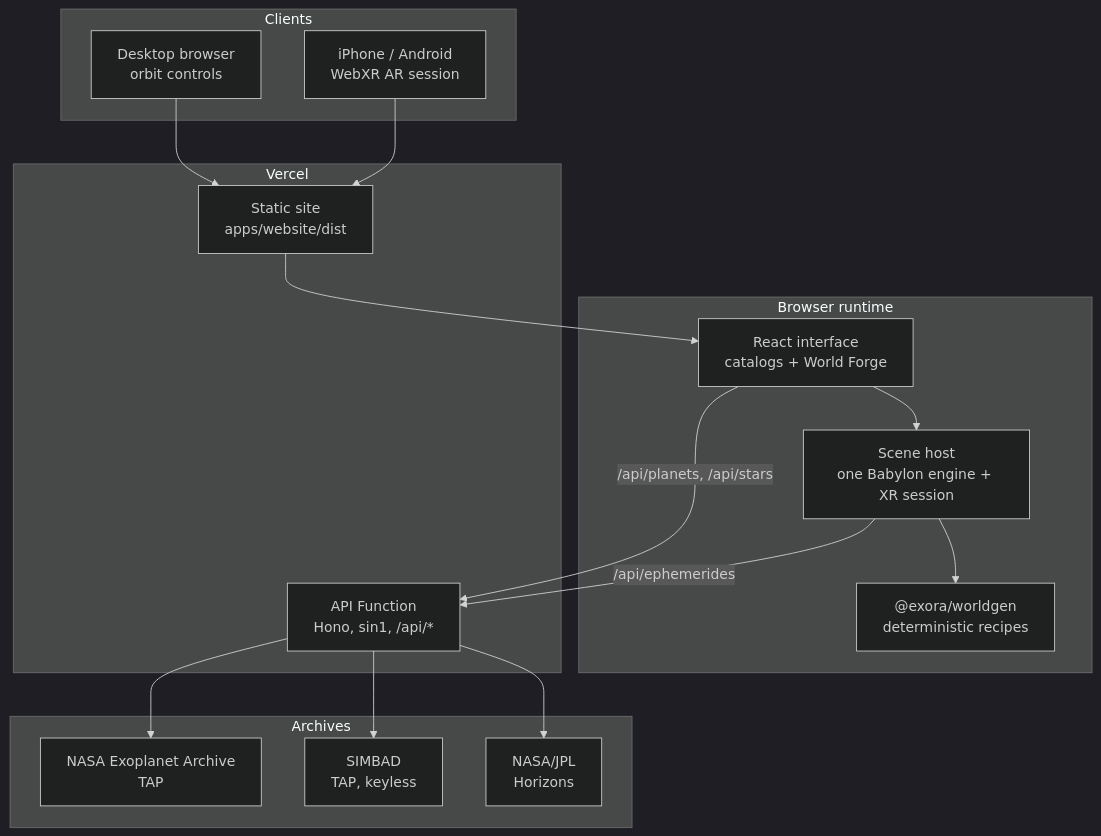
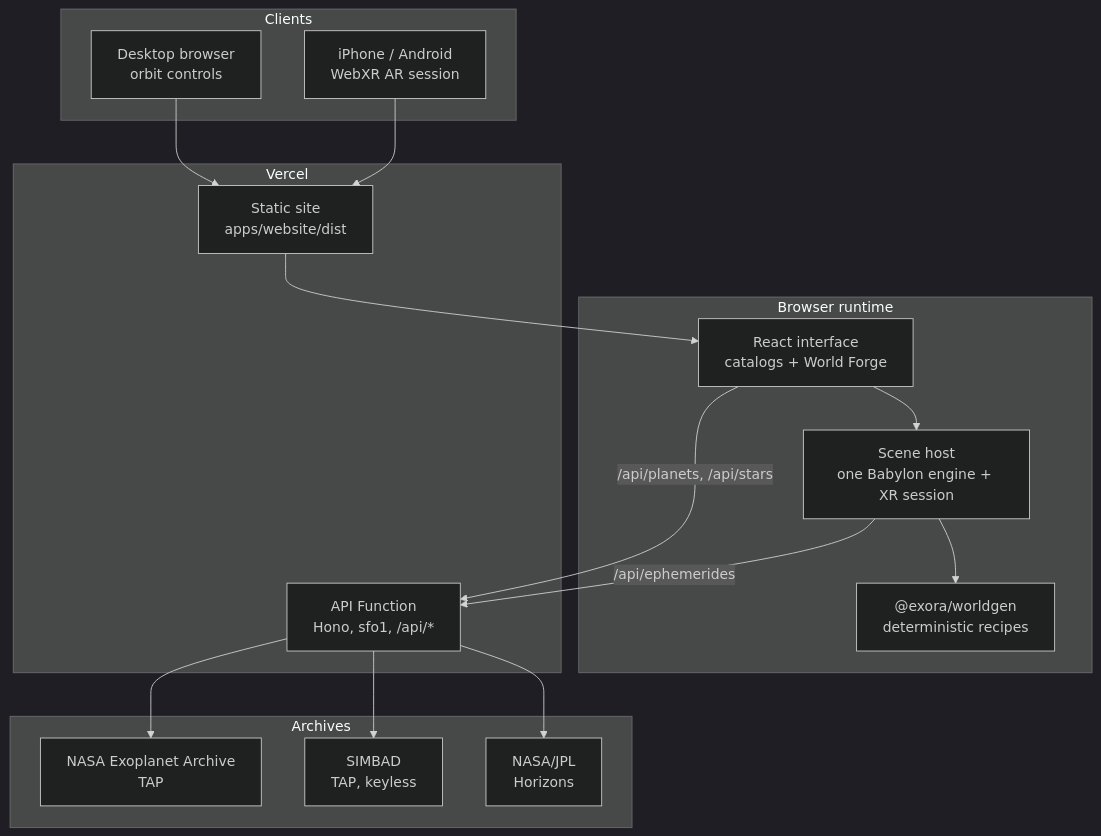
Before and after one commit to voltcrash/exora: the diagram in README.md, drawn with Mermaid (dark theme). The commit also changed other lines of this file and 3 other files, not shown here.

````diff
--- a/README.md
+++ b/README.md
@@ -173,37 +173,37 @@
 ```mermaid
 flowchart TB
     subgraph Clients
         Desktop["Desktop browser<br/>orbit controls"]
         Phone["iPhone / Android<br/>WebXR AR session"]
     end
 
     subgraph Browser["Browser runtime"]
         UI["React interface<br/>catalogs + World Forge"]
         Host["Scene host<br/>one Babylon engine + XR session"]
         Worldgen["@exora/worldgen<br/>deterministic recipes"]
     end
 
     subgraph Vercel["Vercel"]
         Static["Static site<br/>apps/website/dist"]
-        Fn["API Function<br/>Hono, sin1, /api/*"]
+        Fn["API Function<br/>Hono, sfo1, /api/*"]
     end
 
     subgraph Archives["Archives"]
         NASA["NASA Exoplanet Archive<br/>TAP"]
         SIMBAD["SIMBAD<br/>TAP, keyless"]
         JPL["NASA/JPL<br/>Horizons"]
     end
 
     Desktop --> Static
     Phone --> Static
     Static --> UI
     UI --> Host
     Host --> Worldgen
 
     UI -->|/api/planets, /api/stars| Fn
     Host -->|/api/ephemerides| Fn
 
     Fn --> NASA
     Fn --> SIMBAD
     Fn --> JPL
 ```
````
